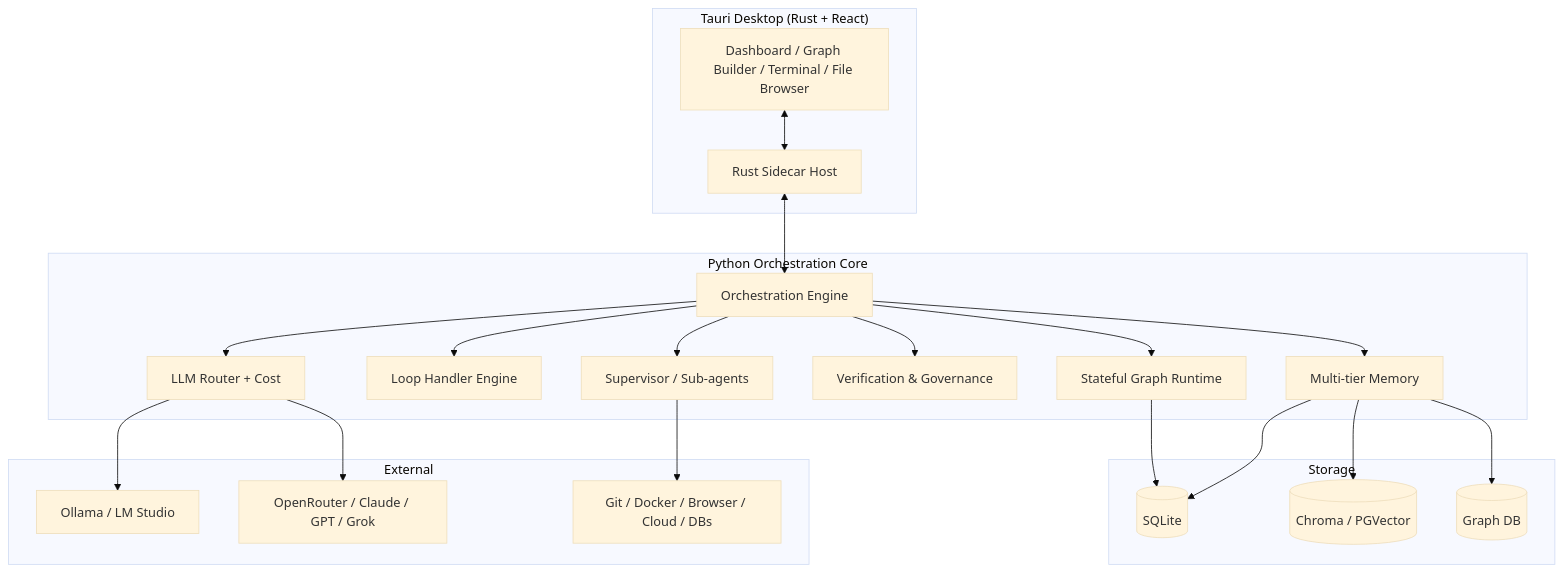
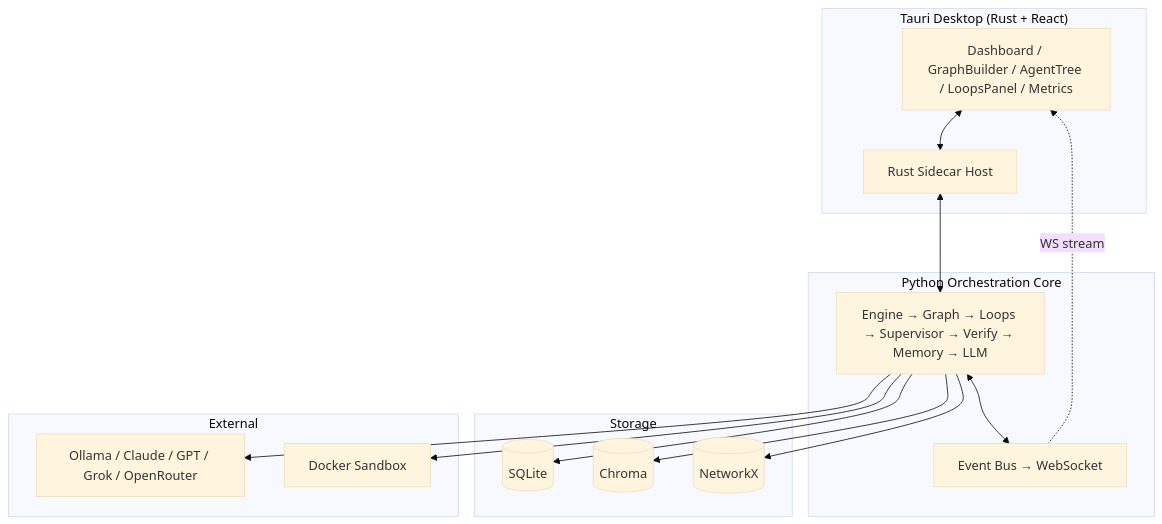
The diagram in download/MaestroAgent/README.md (prateekm1007/MaestroAgent), drawn with Mermaid (base theme) before and after one commit. The commit also changed other lines of this file and 27 other files, not shown here.

````diff
--- a/download/MaestroAgent/README.md
+++ b/download/MaestroAgent/README.md
@@ -36,45 +38,29 @@
 ```mermaid
 flowchart TB
     subgraph Desktop["Tauri Desktop (Rust + React)"]
-        UI[Dashboard / Graph Builder / Terminal / File Browser]
+        UI[Dashboard / GraphBuilder / AgentTree / LoopsPanel / Metrics]
         Sidecar[Rust Sidecar Host]
     end
-
     subgraph Core["Python Orchestration Core"]
-        Engine[Orchestration Engine]
-        Graph[Stateful Graph Runtime]
-        Loops[Loop Handler Engine]
-        Sup[Supervisor / Sub-agents]
-        Verify[Verification & Governance]
-        Mem[Multi-tier Memory]
-        LLM[LLM Router + Cost]
+        Engine[Engine → Graph → Loops → Supervisor → Verify → Memory → LLM]
+        Bus[Event Bus → WebSocket]
     end
-
     subgraph Storage["Storage"]
-        SQLite[(SQLite)]
-        Chroma[(Chroma / PGVector)]
-        GraphDB[(Graph DB)]
+        SQLite[(SQLite)] 
+        Chroma[(Chroma)]
+        GraphDB[(NetworkX)]
     end
-
     subgraph External["External"]
-        Ollama[Ollama / LM Studio]
-        Cloud[OpenRouter / Claude / GPT / Grok]
-        Tools[Git / Docker / Browser / Cloud / DBs]
+        LLMs[Ollama / Claude / GPT / Grok / OpenRouter]
+        Sandbox[Docker Sandbox]
     end
-
     UI <--> Sidecar
     Sidecar <--> Engine
-    Engine --> Graph
-    Engine --> Loops
-    Engine --> Sup
-    Engine --> Verify
-    Engine --> Mem
-    Engine --> LLM
-    Graph --> SQLite
-    Mem --> SQLite
-    Mem --> Chroma
-    Mem --> GraphDB
-    LLM --> Ollama
-    LLM --> Cloud
-    Sup --> Tools
+    Engine <--> Bus
+    Bus -.->|WS stream| UI
+    Engine --> SQLite
+    Engine --> Chroma
+    Engine --> GraphDB
+    Engine --> LLMs
+    Engine --> Sandbox
 ```
````
